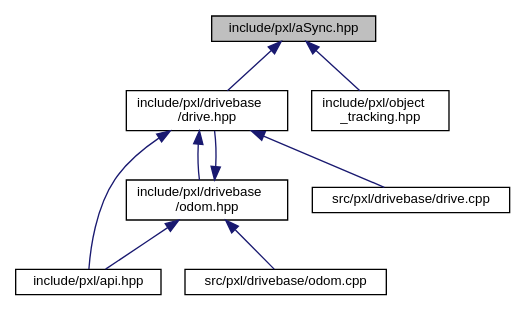
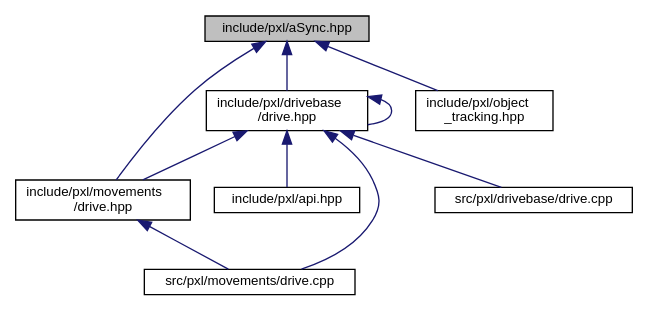
One commit to Pixel-Lib/Pixel changed the diagram in aSync_8hpp__dep__incl.dot. Above: the diagram before and after it, drawn with Graphviz. The commit also changed 222 other files, not shown here.

```diff
--- a/aSync_8hpp__dep__incl.dot
+++ b/aSync_8hpp__dep__incl.dot
@@ -1,21 +1,22 @@
 digraph "include/pxl/aSync.hpp"
 {
  // LATEX_PDF_SIZE
   edge [fontname="Helvetica",fontsize="10",labelfontname="Helvetica",labelfontsize="10"];
   node [fontname="Helvetica",fontsize="10",shape=record];
   Node1 [label="include/pxl/aSync.hpp",height=0.2,width=0.4,color="black", fillcolor="grey75", style="filled", fontcolor="black",tooltip=" "];
   Node1 -> Node2 [dir="back",color="midnightblue",fontsize="10",style="solid",fontname="Helvetica"];
-  Node2 [label="include/pxl/drivebase\l/drive.hpp",height=0.2,width=0.4,color="black", fillcolor="white", style="filled",URL="$drive_8hpp.html",tooltip=" "];
+  Node2 [label="include/pxl/drivebase\l/drive.hpp",height=0.2,width=0.4,color="black", fillcolor="white", style="filled",URL="$drivebase_2drive_8hpp.html",tooltip=" "];
   Node2 -> Node3 [dir="back",color="midnightblue",fontsize="10",style="solid",fontname="Helvetica"];
   Node3 [label="include/pxl/api.hpp",height=0.2,width=0.4,color="black", fillcolor="white", style="filled",URL="$api_8hpp.html",tooltip=" "];
+  Node2 -> Node2 [dir="back",color="midnightblue",fontsize="10",style="solid",fontname="Helvetica"];
   Node2 -> Node4 [dir="back",color="midnightblue",fontsize="10",style="solid",fontname="Helvetica"];
-  Node4 [label="include/pxl/drivebase\l/odom.hpp",height=0.2,width=0.4,color="black", fillcolor="white", style="filled",URL="$odom_8hpp.html",tooltip=" "];
-  Node4 -> Node3 [dir="back",color="midnightblue",fontsize="10",style="solid",fontname="Helvetica"];
-  Node4 -> Node2 [dir="back",color="midnightblue",fontsize="10",style="solid",fontname="Helvetica"];
+  Node4 [label="include/pxl/movements\l/drive.hpp",height=0.2,width=0.4,color="black", fillcolor="white", style="filled",URL="$movements_2drive_8hpp.html",tooltip=" "];
   Node4 -> Node5 [dir="back",color="midnightblue",fontsize="10",style="solid",fontname="Helvetica"];
-  Node5 [label="src/pxl/drivebase/odom.cpp",height=0.2,width=0.4,color="black", fillcolor="white", style="filled",URL="$odom_8cpp.html",tooltip=" "];
+  Node5 [label="src/pxl/movements/drive.cpp",height=0.2,width=0.4,color="black", fillcolor="white", style="filled",URL="$movements_2drive_8cpp.html",tooltip=" "];
   Node2 -> Node6 [dir="back",color="midnightblue",fontsize="10",style="solid",fontname="Helvetica"];
-  Node6 [label="src/pxl/drivebase/drive.cpp",height=0.2,width=0.4,color="black", fillcolor="white", style="filled",URL="$drive_8cpp.html",tooltip=" "];
+  Node6 [label="src/pxl/drivebase/drive.cpp",height=0.2,width=0.4,color="black", fillcolor="white", style="filled",URL="$drivebase_2drive_8cpp.html",tooltip=" "];
+  Node2 -> Node5 [dir="back",color="midnightblue",fontsize="10",style="solid",fontname="Helvetica"];
+  Node1 -> Node4 [dir="back",color="midnightblue",fontsize="10",style="solid",fontname="Helvetica"];
   Node1 -> Node7 [dir="back",color="midnightblue",fontsize="10",style="solid",fontname="Helvetica"];
   Node7 [label="include/pxl/object\l_tracking.hpp",height=0.2,width=0.4,color="black", fillcolor="white", style="filled",URL="$object__tracking_8hpp.html",tooltip=" "];
 }
```
